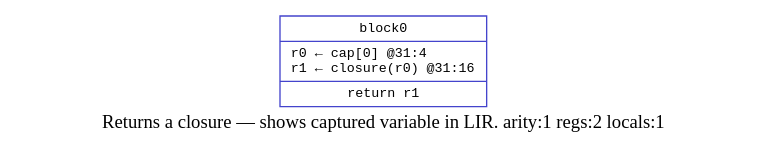
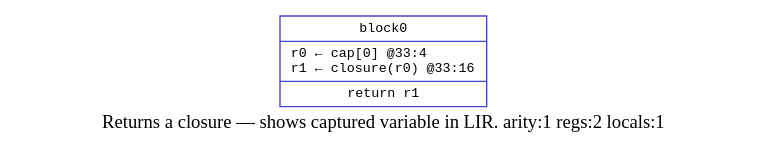
The diagram in demos/cfgviz/make-adder.dot (elle-lisp/elle), drawn with Graphviz before and after one commit. The commit also changed 39 other files, not shown here.

```diff
--- a/demos/cfgviz/make-adder.dot
+++ b/demos/cfgviz/make-adder.dot
@@ -1,5 +1,5 @@
 digraph {
   label="Returns a closure — shows captured variable in LIR. arity:1 regs:2 locals:1";
   node [shape=record fontname="monospace" fontsize=10];
-  block0 [color="#4444cc" label="{block0|r0 ← cap[0] @31:4\lr1 ← closure(r0) @31:16\l|return r1}"];
+  block0 [color="#4444cc" label="{block0|r0 ← cap[0] @33:4\lr1 ← closure(r0) @33:16\l|return r1}"];
 }
```
